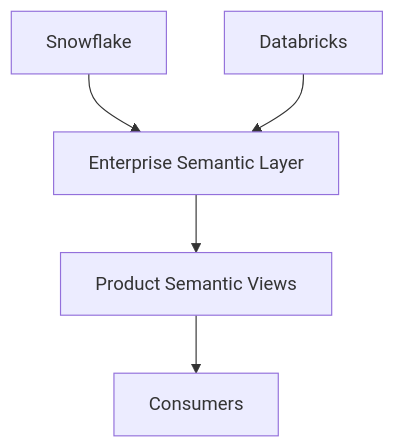
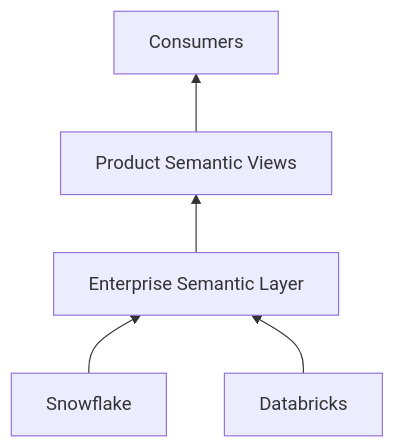
One commit to staffanrosen24/architecture-diagrams changed the diagram in README.md. Above: the diagram before and after it, drawn with Mermaid.

````diff
--- a/README.md
+++ b/README.md
@@ -3,8 +3,8 @@
 ```mermaid
-flowchart TD
+flowchart BT
 
     Snowflake --> Enterprise
     Databricks --> Enterprise
     Enterprise[Enterprise Semantic Layer] --> Product[Product Semantic Views]
     Product --> Consumers[Consumers]
 ```
````
